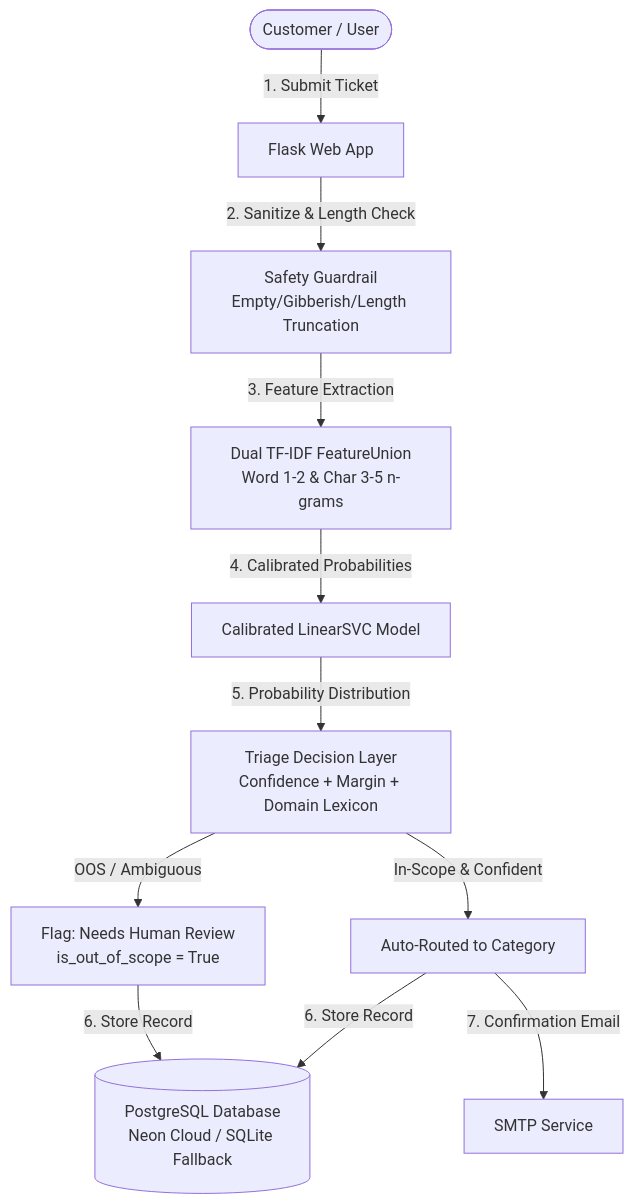
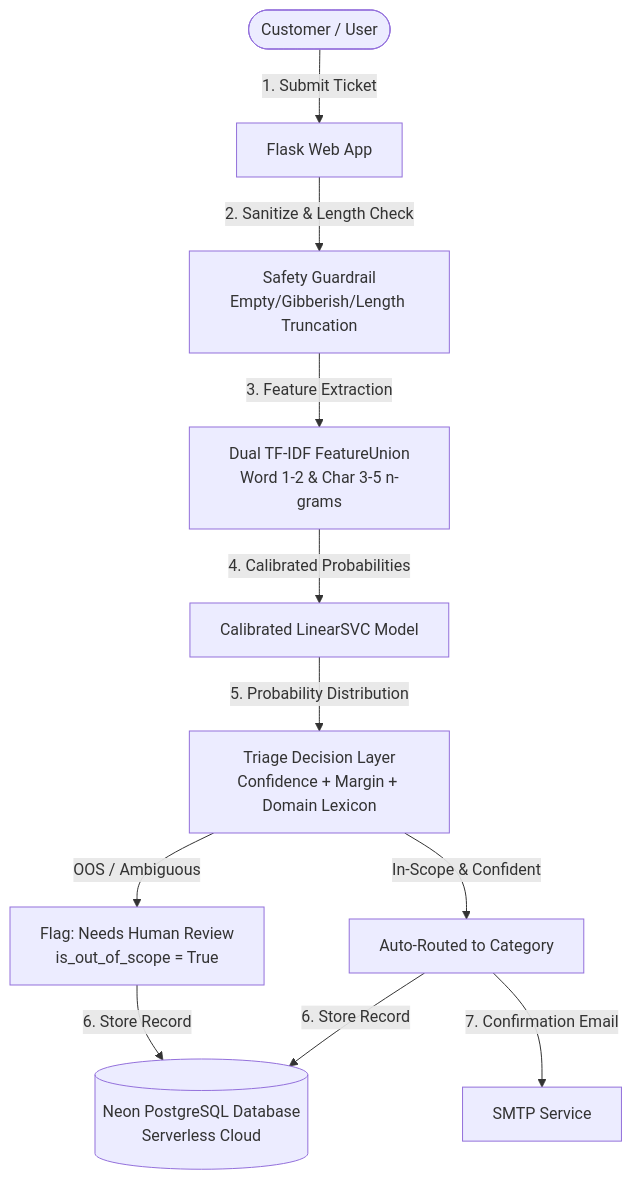
Before and after one commit to irfan-shekh/ai_ticket: the diagram in README.md, drawn with Mermaid. The commit also changed other lines of this file and 3 other files, not shown here.

Commit message:
Remove SQLite and migrate project exclusively to Neon PostgreSQL

````diff
--- a/README.md
+++ b/README.md
@@ -53,12 +53,12 @@
 ```mermaid
 graph TD
     User([Customer / User]) -->|1. Submit Ticket| WebUI[Flask Web App]
     WebUI -->|2. Sanitize & Length Check| Safety[Safety Guardrail<br/>Empty/Gibberish/Length Truncation]
     Safety -->|3. Feature Extraction| Union[Dual TF-IDF FeatureUnion<br/>Word 1-2 & Char 3-5 n-grams]
     Union -->|4. Calibrated Probabilities| SVC[Calibrated LinearSVC Model]
     SVC -->|5. Probability Distribution| Triage[Triage Decision Layer<br/>Confidence + Margin + Domain Lexicon]
     Triage -->|OOS / Ambiguous| HumanReview[Flag: Needs Human Review<br/>is_out_of_scope = True]
     Triage -->|In-Scope & Confident| AutoRoute[Auto-Routed to Category]
-    AutoRoute & HumanReview -->|6. Store Record| DB[(PostgreSQL Database<br/>Neon Cloud / SQLite Fallback)]
+    AutoRoute & HumanReview -->|6. Store Record| DB[(Neon PostgreSQL Database<br/>Serverless Cloud)]
     AutoRoute -->|7. Confirmation Email| SMTP[SMTP Service]
 ```
````
